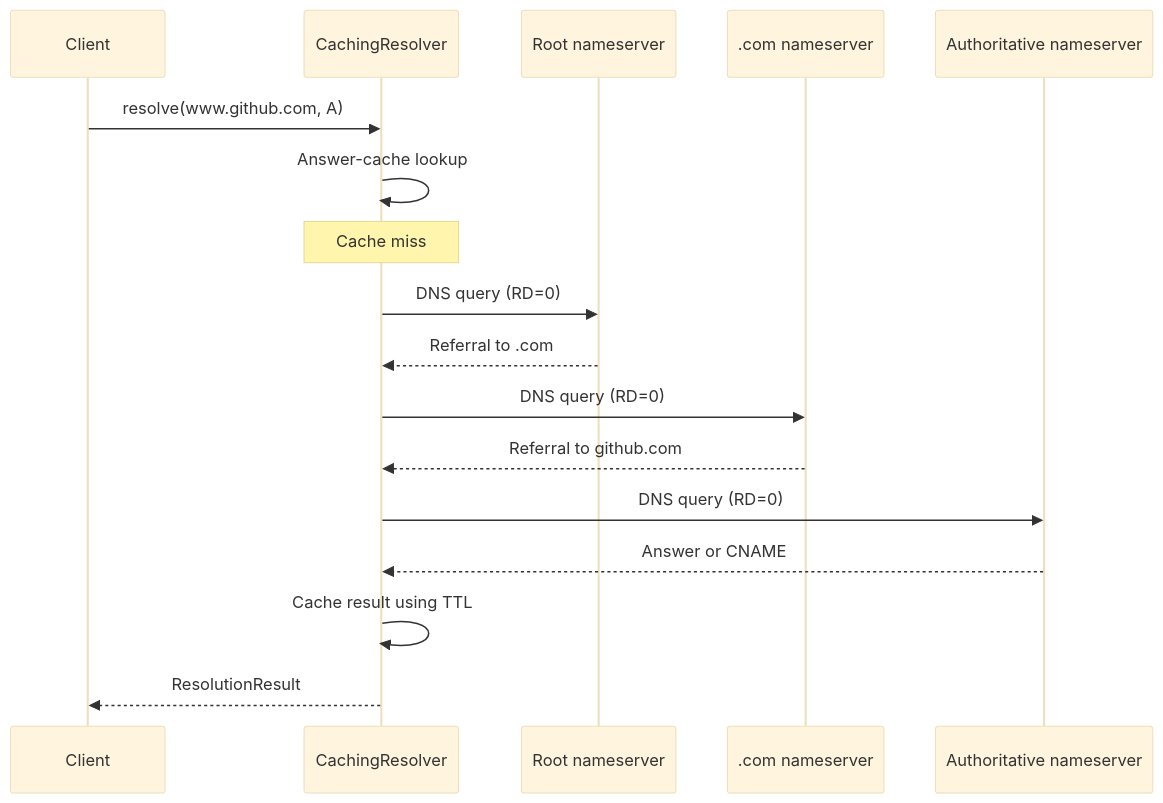
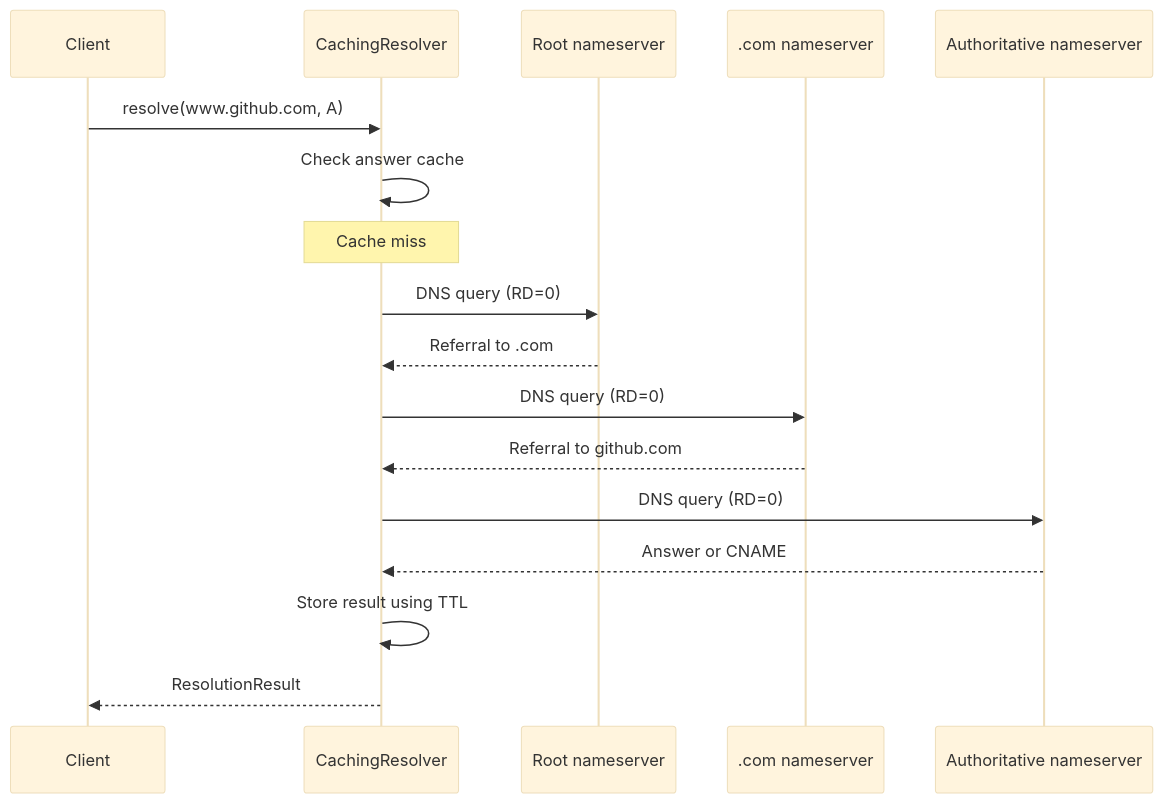
Before and after one commit to MaiCoderHoon/RootRunner: the third of 3 diagrams in README.md, drawn with Mermaid (base theme). The commit also changed other lines of this file, not shown here.

````diff
--- a/README.md
+++ b/README.md
@@ -218,20 +167,20 @@
-~~~mermaid
+```mermaid
 sequenceDiagram
     participant App as Client
     participant Cache as CachingResolver
     participant Root as Root nameserver
     participant TLD as .com nameserver
     participant Auth as Authoritative nameserver
 
     App->>Cache: resolve(www.github.com, A)
-    Cache->>Cache: Answer-cache lookup
+    Cache->>Cache: Check answer cache
     Note over Cache: Cache miss
     Cache->>Root: DNS query (RD=0)
     Root-->>Cache: Referral to .com
     Cache->>TLD: DNS query (RD=0)
     TLD-->>Cache: Referral to github.com
     Cache->>Auth: DNS query (RD=0)
     Auth-->>Cache: Answer or CNAME
-    Cache->>Cache: Cache result using TTL
+    Cache->>Cache: Store result using TTL
     Cache-->>App: ResolutionResult
-~~~
+```
````
